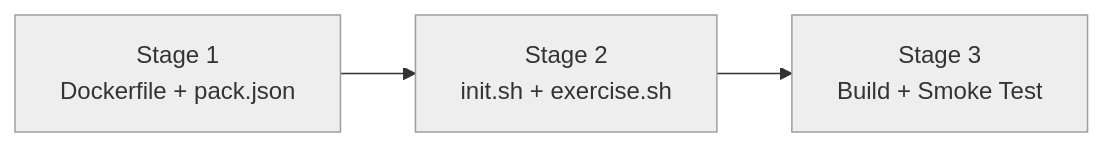
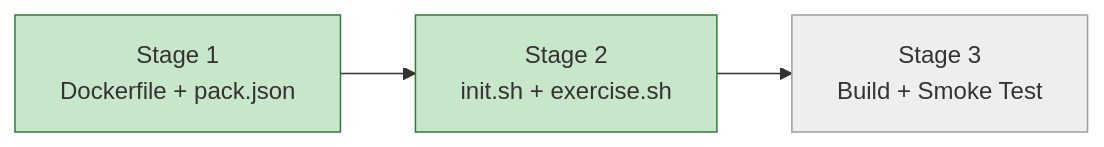
Before and after one commit to info-tech-io/web-terminal: the diagram in docs/proposals/epic-1-tps-mvp/child-5-phase1c-pack-rustlings/progress.md, drawn with Mermaid. The commit also changed other lines of this file and 6 other files, not shown here.

````diff
--- a/docs/proposals/epic-1-tps-mvp/child-5-phase1c-pack-rustlings/progress.md
+++ b/docs/proposals/epic-1-tps-mvp/child-5-phase1c-pack-rustlings/progress.md
@@ -8,9 +8,9 @@
 ```mermaid
 graph LR
     A["Stage 1\nDockerfile + pack.json"] --> B["Stage 2\ninit.sh + exercise.sh"]
     B --> C["Stage 3\nBuild + Smoke Test"]
 
-    style A fill:#eeeeee,stroke:#9e9e9e
-    style B fill:#eeeeee,stroke:#9e9e9e
+    style A fill:#c8e6c9,stroke:#2e7d32
+    style B fill:#c8e6c9,stroke:#2e7d32
     style C fill:#eeeeee,stroke:#9e9e9e
 ```
````
